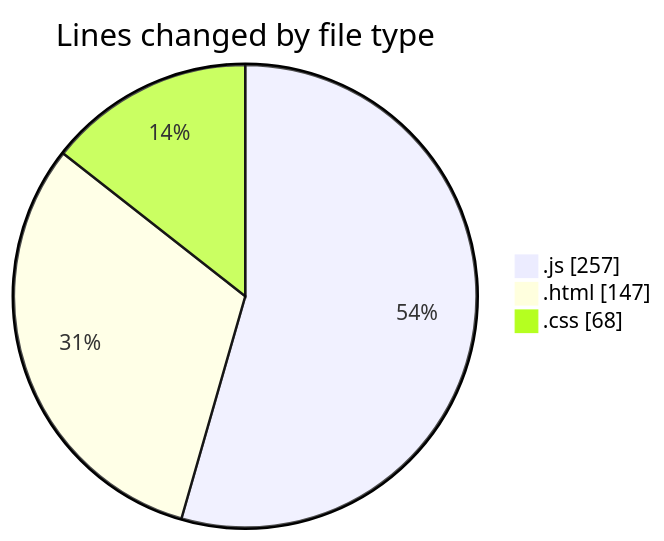
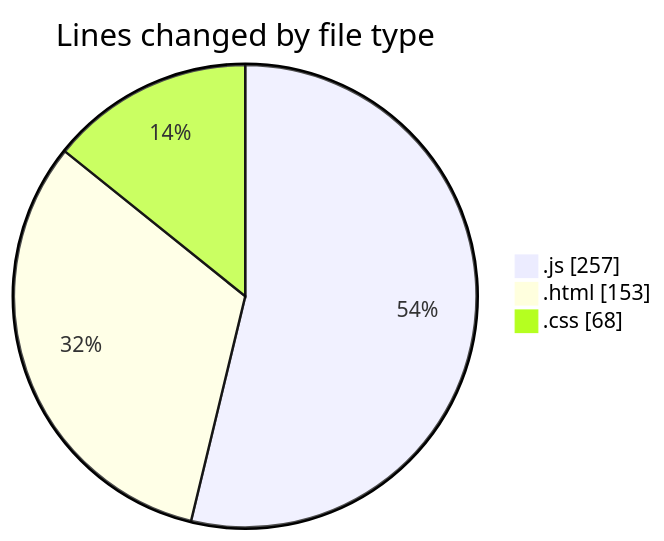
Before and after one commit to Ritupan-Deka/code-tracking: the first of 2 diagrams in 2025-01-24/projects/README.md, drawn with Mermaid. The commit also changed other lines of this file and 1 other file, not shown here.

````diff
--- a/2025-01-24/projects/README.md
+++ b/2025-01-24/projects/README.md
@@ -29,7 +29,7 @@
 ```mermaid
 pie showData
 title Lines changed by file type
 ".js" : 257
-".html" : 147
+".html" : 153
 ".css" : 68
 ```
````
